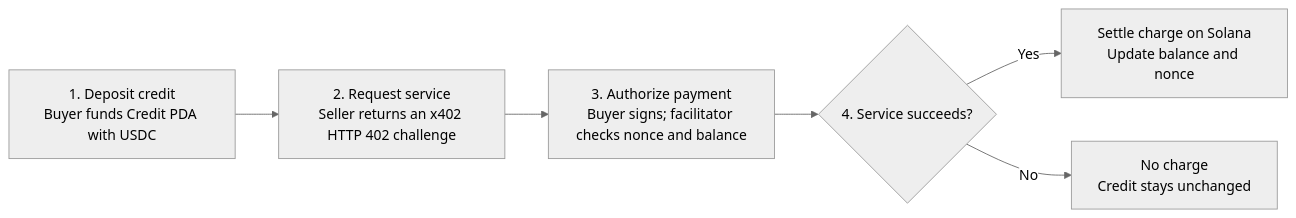
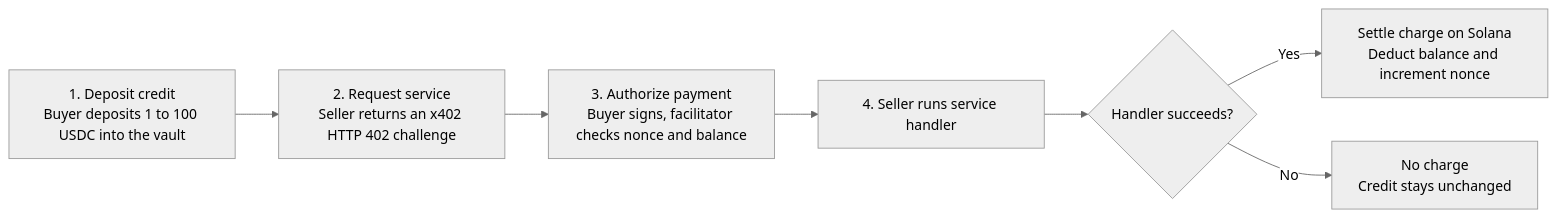
Before and after one commit to seyoj7/ghostrail: the second of 3 diagrams in README.md, drawn with Mermaid (neutral theme). The commit also changed other lines of this file, not shown here.

Commit message:
feat: enhance system architecture diagram and payment flow details in README.md

````diff
--- a/README.md
+++ b/README.md
@@ -58,13 +43,14 @@
 ```mermaid
 flowchart LR
-  Deposit["1. Deposit credit<br/>Buyer funds Credit PDA with USDC"]
+  Deposit["1. Deposit credit<br/>Buyer deposits 1 to 100 USDC into the vault"]
   Challenge["2. Request service<br/>Seller returns an x402 HTTP 402 challenge"]
-  Verify["3. Authorize payment<br/>Buyer signs; facilitator checks nonce and balance"]
-  Delivered{"4. Service succeeds?"}
-  Charge["Settle charge on Solana<br/>Update balance and nonce"]
+  Verify["3. Authorize payment<br/>Buyer signs, facilitator checks nonce and balance"]
+  Handler["4. Seller runs service handler"]
+  Delivered{"Handler succeeds?"}
+  Charge["Settle charge on Solana<br/>Deduct balance and increment nonce"]
   NoCharge["No charge<br/>Credit stays unchanged"]
 
-  Deposit --> Challenge --> Verify --> Delivered
+  Deposit --> Challenge --> Verify --> Handler --> Delivered
   Delivered -->|"Yes"| Charge
   Delivered -->|"No"| NoCharge
 ```
````
